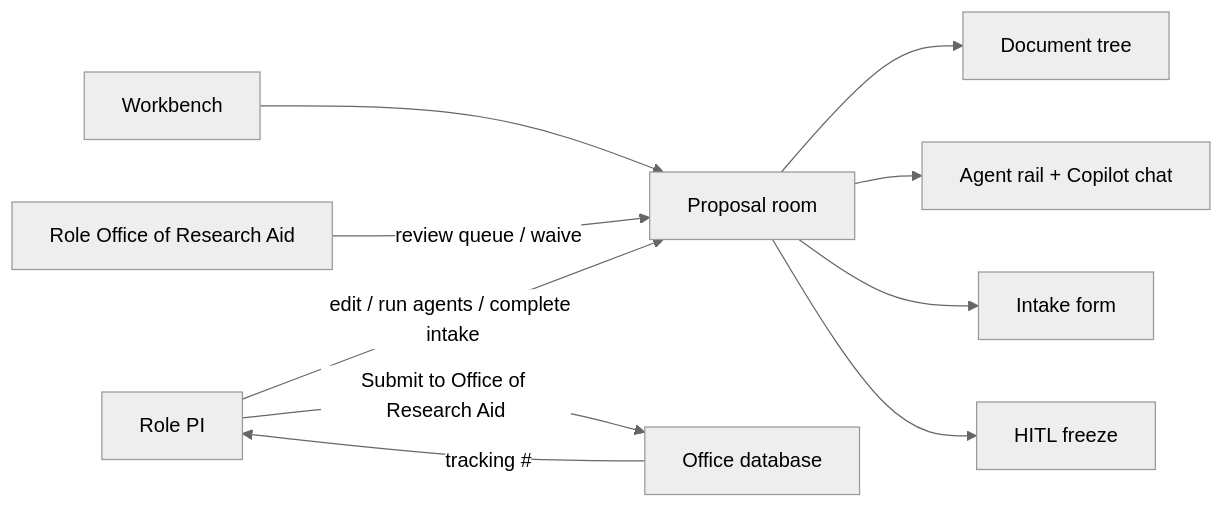
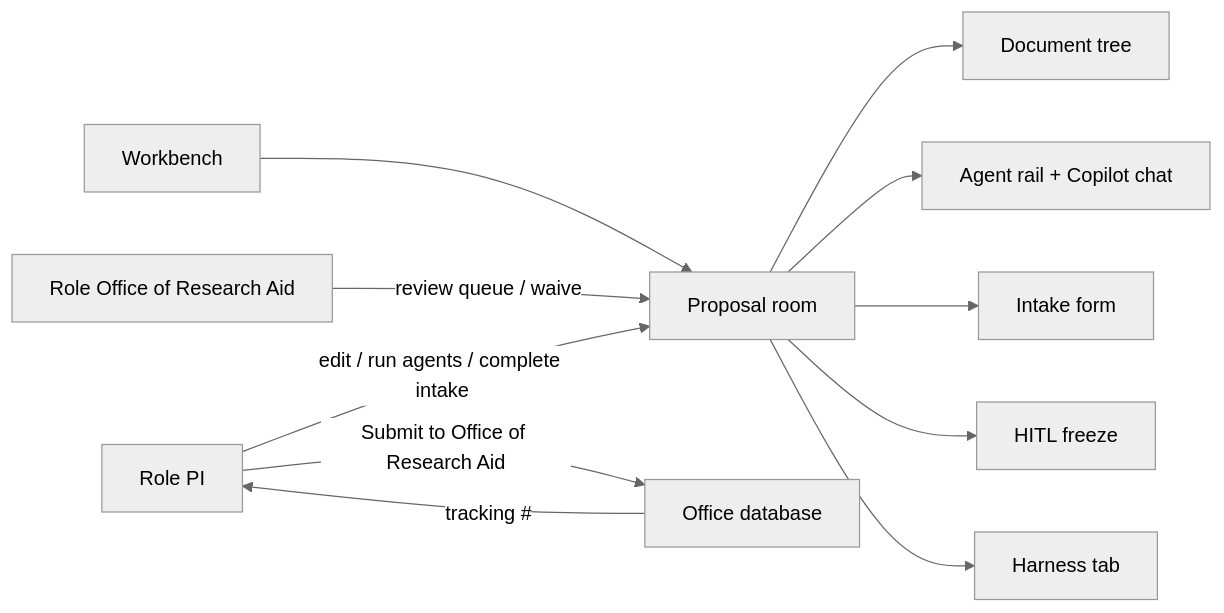
Before and after one commit to YPCC/grant-agent-lab: the fifth of 6 diagrams in docs/architecture.md, drawn with Mermaid (neutral theme). The commit also changed other lines of this file and 10 other files, not shown here.

First line of the commit message:
Update C4 diagrams and README for the unified GrantGraph

````diff
--- a/docs/architecture.md
+++ b/docs/architecture.md
@@ -118,13 +161,14 @@
 ```mermaid
 flowchart LR
   WB[Workbench] --> ROOM[Proposal room]
   ROOM --> DOCS[Document tree]
   ROOM --> RAIL[Agent rail + Copilot chat]
   ROOM --> FORM[Intake form]
   ROOM --> HITL[HITL freeze]
+  ROOM --> HARNESS[Harness tab]
 
   PI[Role PI] -->|edit / run agents / complete intake| ROOM
   PI -->|Submit to Office of Research Aid| ODB[Office database]
   ODB -->|tracking #| PI
   ORA["Role Office of Research Aid"] -->|review queue / waive| ROOM
 ```
````
